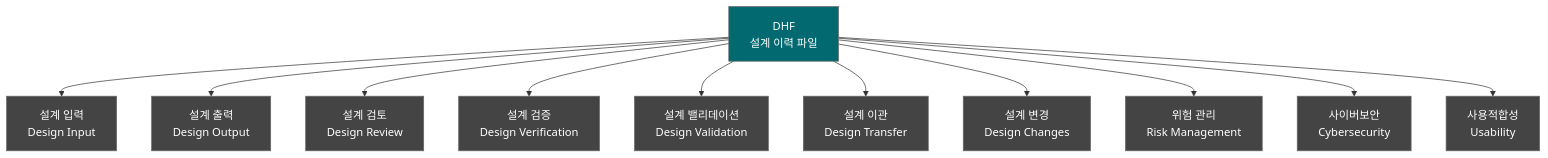
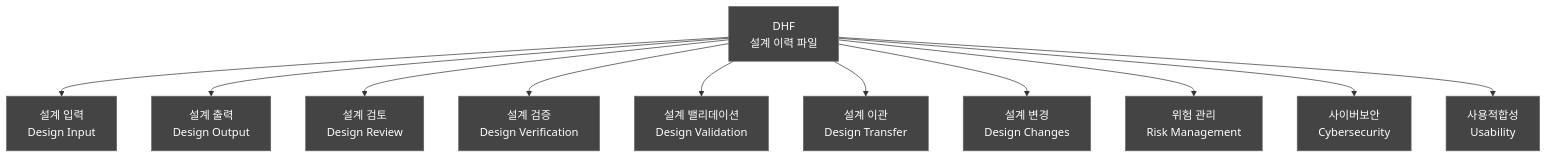
The first of 2 diagrams in docs/regulatory/DOC-035_DHF_v1.0.md (holee9/console-gui), drawn with Mermaid before and after one commit. The commit also changed other lines of this file and 35 other files, not shown here.

First line of the commit message:
fix: 전체 Mermaid 차트 색상 진한 회색 통일

````diff
--- a/docs/regulatory/DOC-035_DHF_v1.0.md
+++ b/docs/regulatory/DOC-035_DHF_v1.0.md
@@ -31,16 +31,16 @@
 ```mermaid
 graph TD
     classDef default fill:#444,stroke:#666,color:#fff
     DHF[DHF<br/>설계 이력 파일] --> DI[설계 입력<br/>Design Input]
     DHF --> DO[설계 출력<br/>Design Output]
     DHF --> DR[설계 검토<br/>Design Review]
     DHF --> DV[설계 검증<br/>Design Verification]
     DHF --> DVL[설계 밸리데이션<br/>Design Validation]
     DHF --> DT[설계 이관<br/>Design Transfer]
     DHF --> DC_CHG[설계 변경<br/>Design Changes]
     DHF --> RM[위험 관리<br/>Risk Management]
     DHF --> CS_SEC[사이버보안<br/>Cybersecurity]
     DHF --> UE[사용적합성<br/>Usability]
     
-    style DHF fill:#01696F,color:#fff
+    style DHF fill:#444,color:#fff
 ```
````
